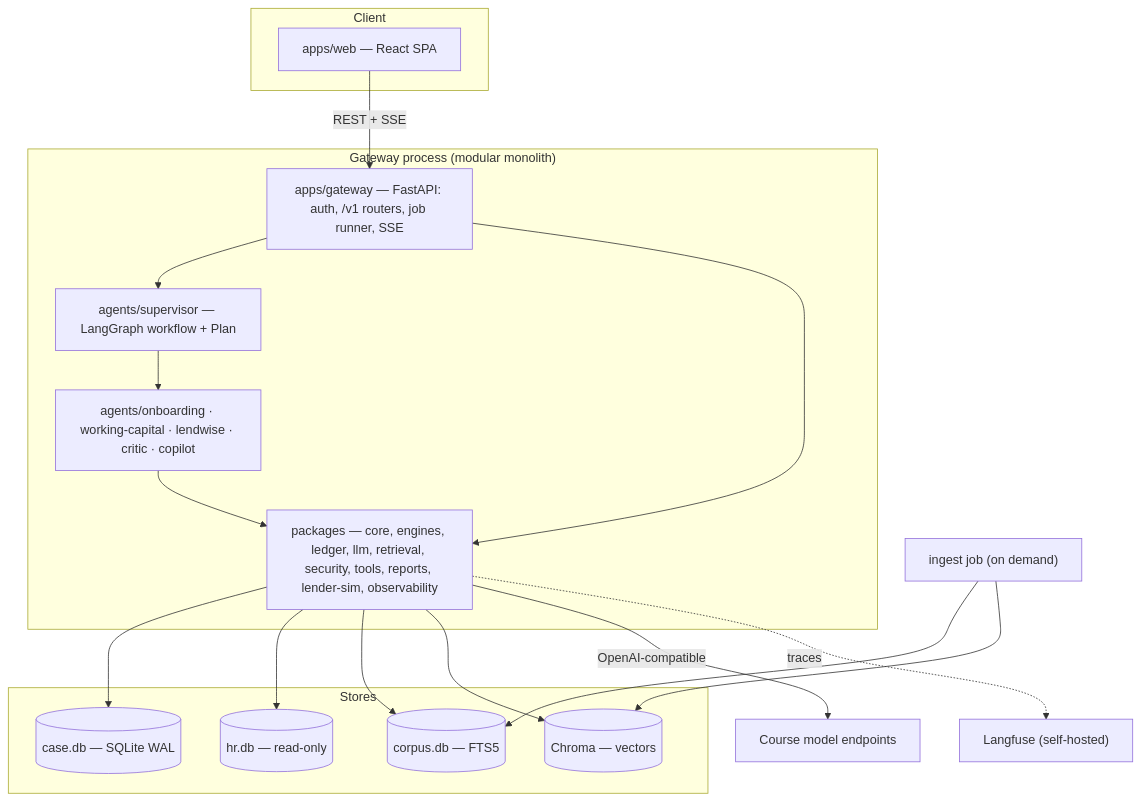
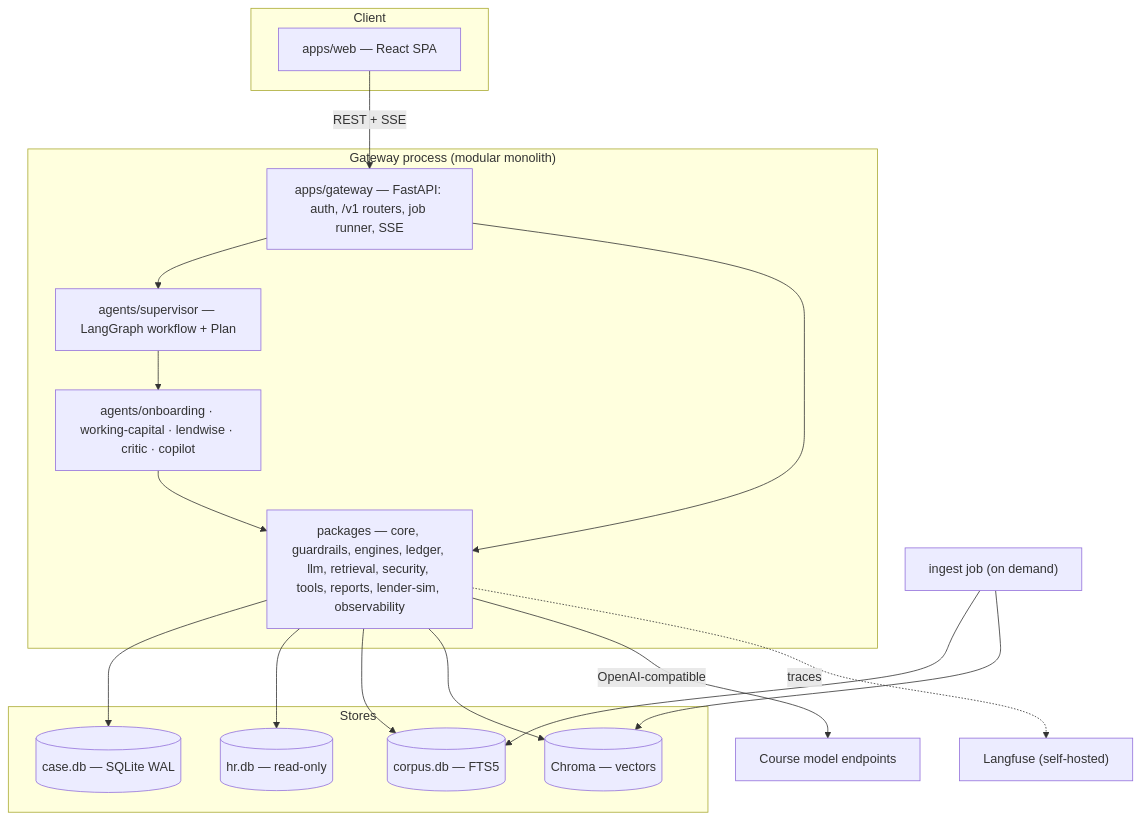
The second of 7 diagrams in docs/architecture/ARCHITECTURE.md (pcpdevmob/credAssureProject), drawn with Mermaid before and after one commit. The commit also changed other lines of this file and 9 other files, not shown here.

````diff
--- a/docs/architecture/ARCHITECTURE.md
+++ b/docs/architecture/ARCHITECTURE.md
@@ -82,29 +82,29 @@
 ```mermaid
 flowchart TB
   subgraph Client
     WEB["apps/web — React SPA"]
   end
   subgraph Backend["Gateway process (modular monolith)"]
     GW["apps/gateway — FastAPI: auth, /v1 routers, job runner, SSE"]
     SUP["agents/supervisor — LangGraph workflow + Plan"]
     AG["agents/onboarding · working-capital · lendwise · critic · copilot"]
-    PK["packages — core, engines, ledger, llm, retrieval, security, tools, reports, lender-sim, observability"]
+    PK["packages — core, guardrails, engines, ledger, llm, retrieval, security, tools, reports, lender-sim, observability"]
   end
   subgraph Stores
     CDB[("case.db — SQLite WAL")]
     HDB[("hr.db — read-only")]
     KDB[("corpus.db — FTS5")]
     CH[("Chroma — vectors")]
   end
   LF["Langfuse (self-hosted)"]
   ING["ingest job (on demand)"]
   LLM["Course model endpoints"]
   WEB -->|"REST + SSE"| GW
   GW --> SUP --> AG
   AG --> PK
   GW --> PK
   PK --> CDB & HDB & KDB & CH
   PK -->|"OpenAI-compatible"| LLM
   PK -.->|"traces"| LF
   ING --> KDB & CH
 ```
````
